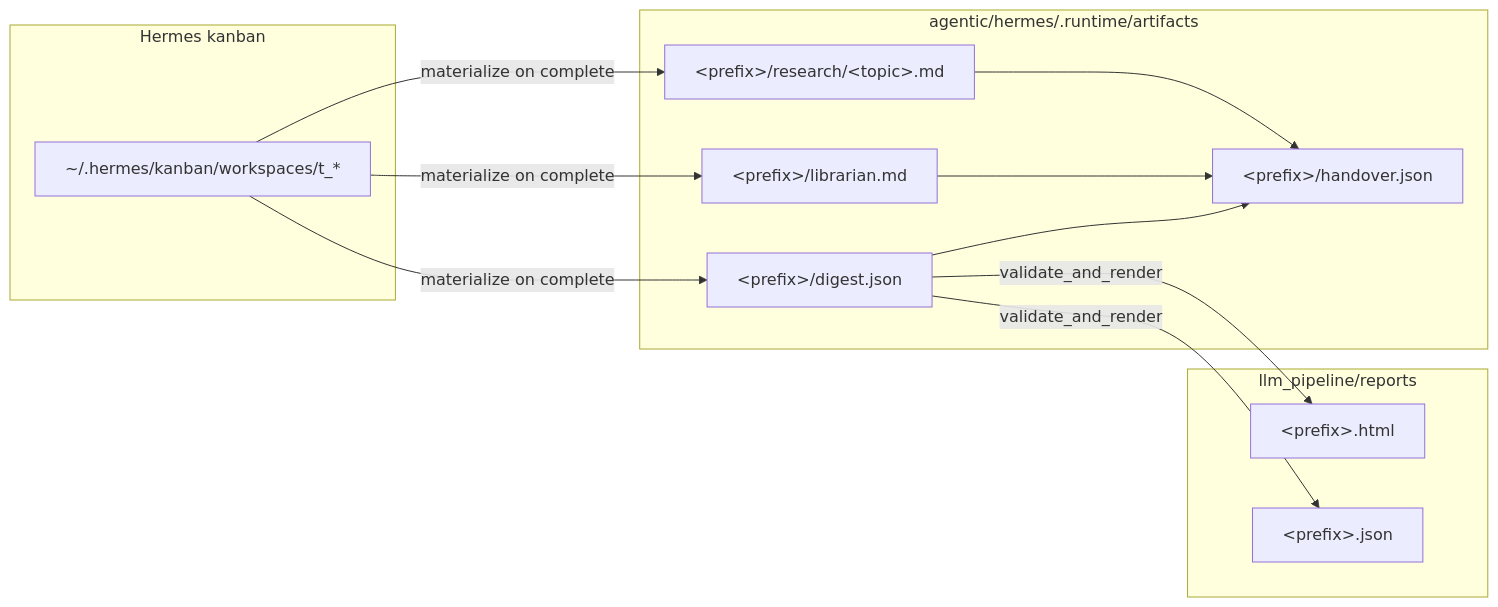
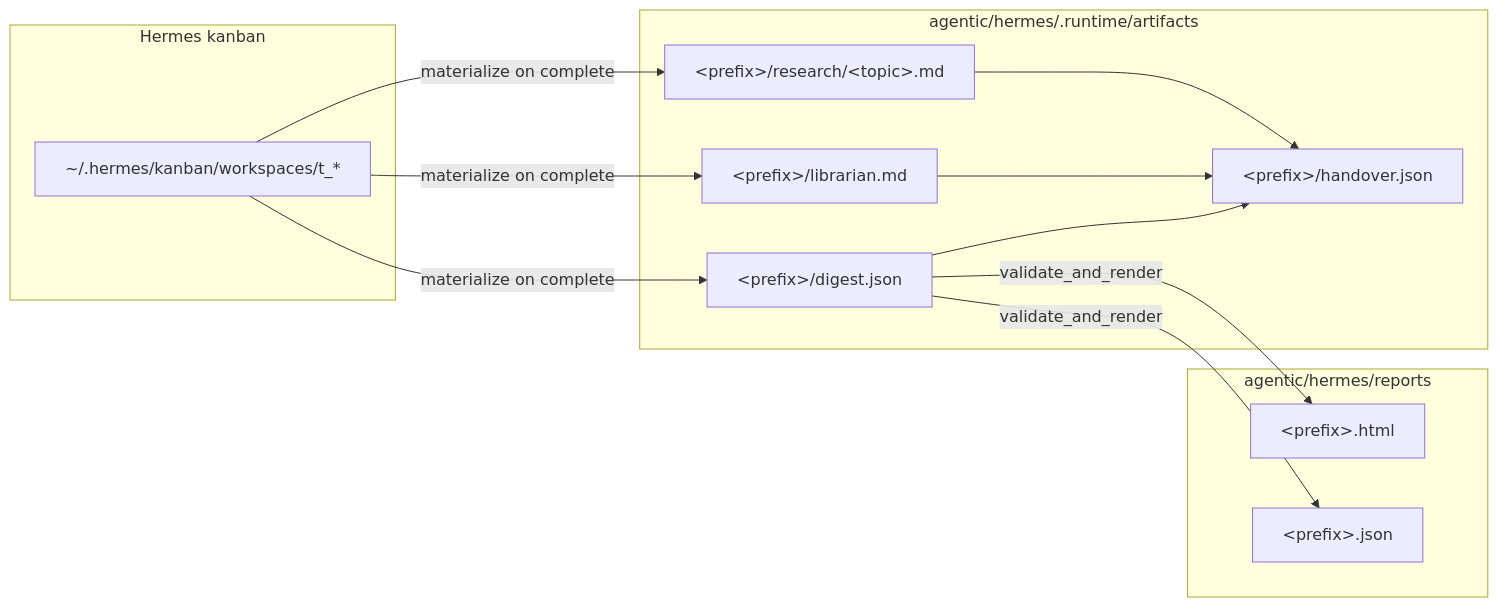
Before and after one commit to mameen/AI_Digest: the fourth of 4 diagrams in agentic/hermes/docs/ARCHITECTURE.md, drawn with Mermaid. The commit also changed other lines of this file and 53 other files, not shown here.

````diff
--- a/agentic/hermes/docs/ARCHITECTURE.md
+++ b/agentic/hermes/docs/ARCHITECTURE.md
@@ -263,22 +179,22 @@
 ```mermaid
 flowchart LR
     subgraph kanban [Hermes kanban]
         WS["~/.hermes/kanban/workspaces/t_*"]
     end
 
     subgraph repo [agentic/hermes/.runtime/artifacts]
         RD["&lt;prefix&gt;/research/&lt;topic&gt;.md"]
         LM["&lt;prefix&gt;/librarian.md"]
         DJ["&lt;prefix&gt;/digest.json"]
         HO["&lt;prefix&gt;/handover.json"]
     end
 
-    subgraph reports [llm_pipeline/reports]
+    subgraph reports [agentic/hermes/reports]
         HTML["&lt;prefix&gt;.html"]
         JSON["&lt;prefix&gt;.json"]
     end
 
     WS -->|"materialize on complete"| RD & LM & DJ
     DJ -->|"validate_and_render"| HTML & JSON
     RD & LM & DJ --> HO
 ```
````
